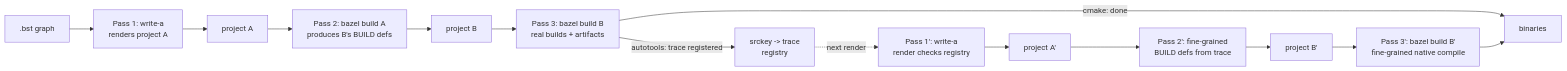
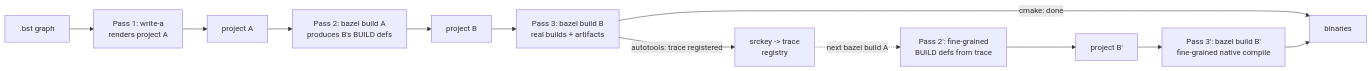
The first of 5 diagrams in docs/three-pass-flow.md (sstriker/buildstream-bazel), drawn with Mermaid before and after one commit. The commit also changed other lines of this file and 1 other file, not shown here.

````diff
--- a/docs/three-pass-flow.md
+++ b/docs/three-pass-flow.md
@@ -22,16 +23,14 @@
 ```mermaid
 flowchart LR
   bst[".bst graph"] --> wa[Pass 1: write-a<br/>renders project A]
   wa --> pa[project A]
   pa --> ba[Pass 2: bazel build A<br/>produces B's BUILD defs]
   ba --> pb[project B]
   pb --> bb[Pass 3: bazel build B<br/>real builds + artifacts]
   bb -- "cmake: done" --> art[binaries]
   bb -- "autotools: trace registered" --> reg["srckey -> trace<br/>registry"]
-  reg -. "next render" .-> wa2[Pass 1': write-a<br/>render checks registry]
-  wa2 --> pa2[project A']
-  pa2 --> ba2[Pass 2': fine-grained<br/>BUILD defs from trace]
+  reg -. "next bazel build A" .-> ba2[Pass 2': fine-grained<br/>BUILD defs from trace]
   ba2 --> pb2[project B']
   pb2 --> bb2[Pass 3': bazel build B'<br/>fine-grained native compile]
   bb2 --> art
 ```
````
